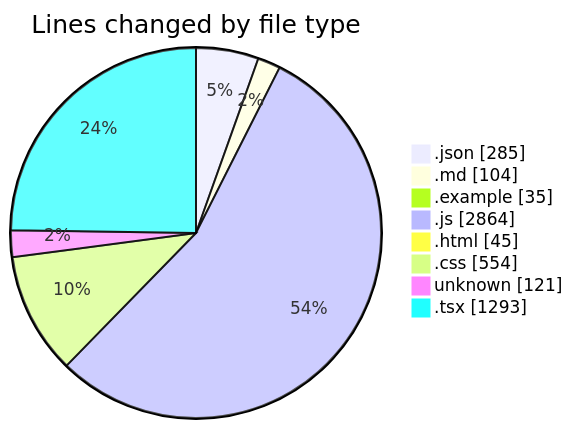
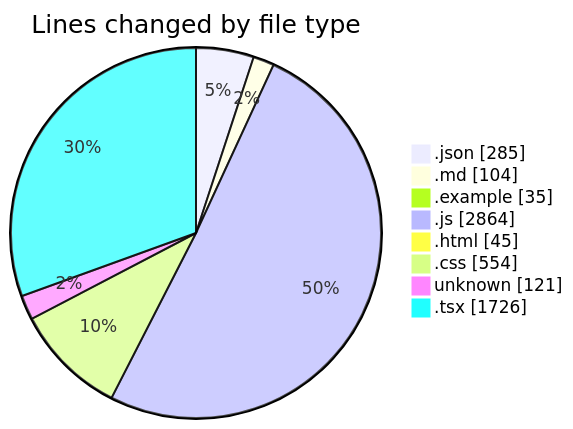
One commit to lephambinh05/code-tracking changed the first of 2 diagrams in 2025-08-05/napxuvn/README.md. Above: the diagram before and after it, drawn with Mermaid. The commit also changed other lines of this file and 1 other file, not shown here.

````diff
--- a/2025-08-05/napxuvn/README.md
+++ b/2025-08-05/napxuvn/README.md
@@ -57,12 +60,12 @@
 ```mermaid
 pie showData
 title Lines changed by file type
 ".json" : 285
 ".md" : 104
 ".example" : 35
 ".js" : 2864
 ".html" : 45
 ".css" : 554
 "unknown" : 121
-".tsx" : 1293
+".tsx" : 1726
 ```
````
